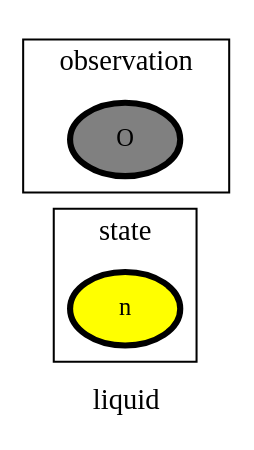
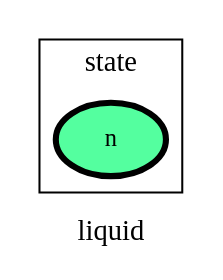
The diagram in ontology_graphs/graph__liquid.dot (heinz-preisig/processes_distributed_no_interface_eqs), drawn with Graphviz before and after one commit. The commit also changed 93 other files, not shown here.

```diff
--- a/ontology_graphs/graph__liquid.dot
+++ b/ontology_graphs/graph__liquid.dot
@@ -1,81 +1,80 @@
 digraph liquid {
 label=liquid;
 rankdir=LR;
 subgraph cluster_liquid___transport {
 label=transport;
 rankdir=LR;
 }
 
 subgraph cluster_liquid___geometry {
 label=geometry;
 rankdir=LR;
 }
 
 subgraph cluster_liquid___properties {
 label=properties;
 rankdir=LR;
 }
 
 subgraph cluster_liquid___network {
 label=network;
 rankdir=LR;
 }
 
 subgraph cluster_liquid___differenceOperator {
 label=differenceOperator;
 rankdir=LR;
 }
 
 subgraph cluster_liquid___frame {
 label=frame;
 rankdir=LR;
 }
 
 subgraph cluster_liquid___state {
 label=state;
 rankdir=LR;
-V_1 [fillcolor=yellow, fontsize=12, label=n, penwidth=3, style=filled];
+V_1 [fillcolor=seagreen1, fontsize=12, label=n, penwidth=3, style=filled];
 }
 
 subgraph cluster_liquid___constant {
 label=constant;
 rankdir=LR;
 }
 
 subgraph cluster_liquid___effort {
 label=effort;
 rankdir=LR;
 }
 
 subgraph cluster_liquid___secondaryState {
 label=secondaryState;
 rankdir=LR;
 }
 
 subgraph cluster_liquid___conversion {
 label=conversion;
 rankdir=LR;
 }
 
 subgraph cluster_liquid___diffState {
 label=diffState;
 rankdir=LR;
 }
 
 subgraph cluster_liquid___internalTransport {
 label=internalTransport;
 rankdir=LR;
 }
 
 subgraph cluster_liquid___controlInput {
 label=controlInput;
 rankdir=LR;
 }
 
 subgraph cluster_liquid___observation {
 label=observation;
 rankdir=LR;
-V_8 [fillcolor=grey, fontsize=12, label=O, penwidth=3, style=filled];
 }
 
 }
```
